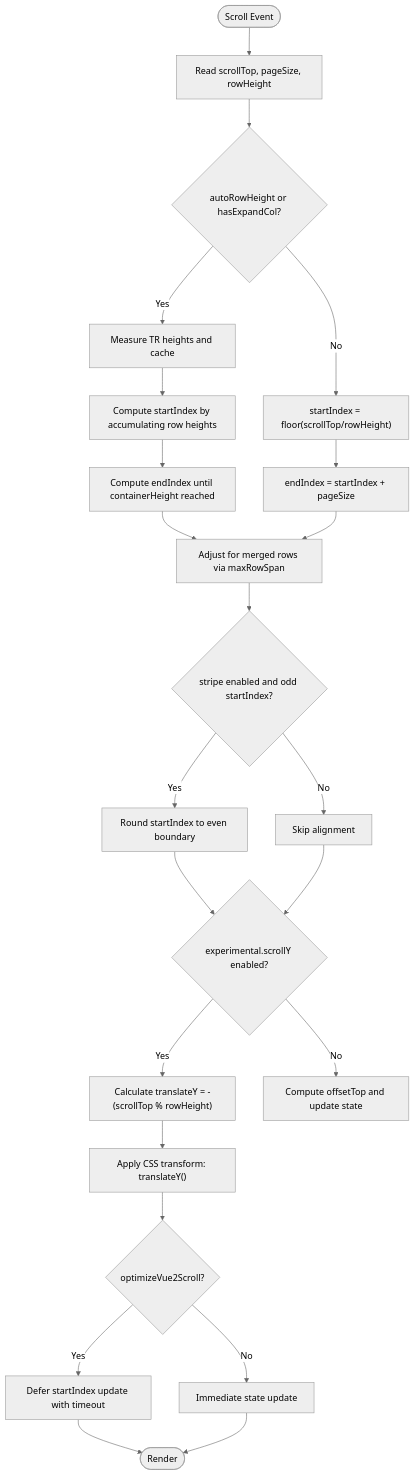
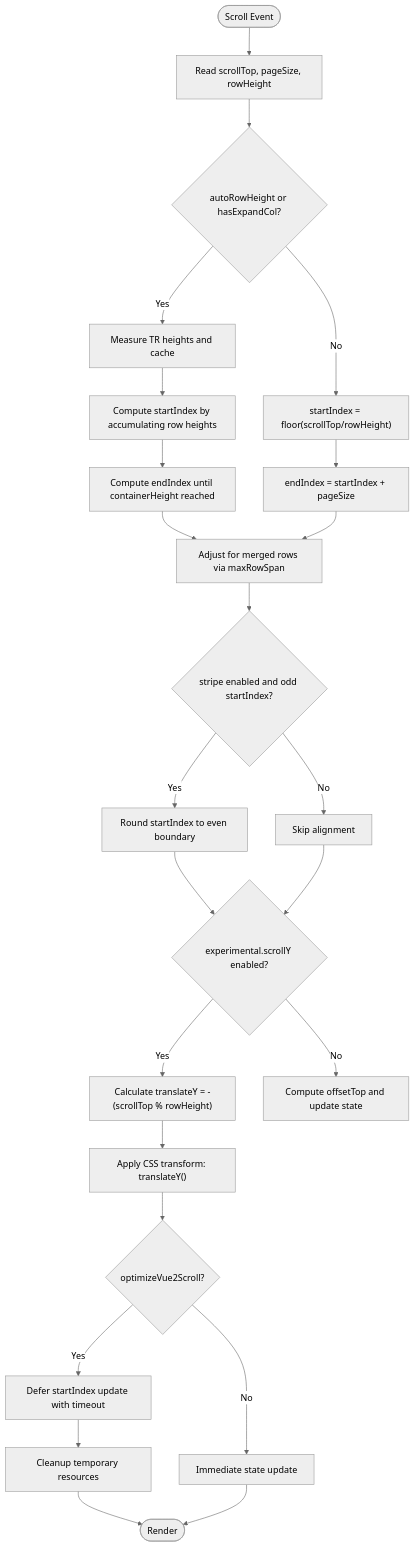
The third of 6 diagrams in .qoder/repowiki/en/content/Core Concepts/Virtual Scrolling/Virtual Scroll Configuration.md (ja-plus/stk-table-vue), drawn with Mermaid (neutral theme) before and after one commit. The commit also changed other lines of this file and 3 other files, not shown here.

````diff
--- a/.qoder/repowiki/en/content/Core Concepts/Virtual Scrolling/Virtual Scroll Configuration.md
+++ b/.qoder/repowiki/en/content/Core Concepts/Virtual Scrolling/Virtual Scroll Configuration.md
@@ -173,25 +201,26 @@
 ```mermaid
 flowchart TD
 Start(["Scroll Event"]) --> GetState["Read scrollTop, pageSize, rowHeight"]
 GetState --> CheckAuto{"autoRowHeight or hasExpandCol?"}
 CheckAuto --> |Yes| Measure["Measure TR heights and cache"]
 Measure --> CalcStart["Compute startIndex by accumulating row heights"]
 CalcStart --> CalcEnd["Compute endIndex until containerHeight reached"]
 CheckAuto --> |No| FloorCalc["startIndex = floor(scrollTop/rowHeight)"]
 FloorCalc --> EndCalc["endIndex = startIndex + pageSize"]
 CalcEnd --> MergeFix["Adjust for merged rows via maxRowSpan"]
 EndCalc --> MergeFix
 MergeFix --> StripeFix{"stripe enabled and odd startIndex?"}
 StripeFix --> |Yes| AlignStripe["Round startIndex to even boundary"]
 StripeFix --> |No| SkipStripe["Skip alignment"]
 AlignStripe --> CheckExperimental{"experimental.scrollY enabled?"}
 SkipStripe --> CheckExperimental
 CheckExperimental --> |Yes| CalcTranslate["Calculate translateY = -(scrollTop % rowHeight)"]
 CheckExperimental --> |No| Apply["Compute offsetTop and update state"]
 CalcTranslate --> ApplyTransform["Apply CSS transform: translateY()"]
 ApplyTransform --> Optimize{"optimizeVue2Scroll?"}
 Optimize --> |Yes| Defer["Defer startIndex update with timeout"]
 Optimize --> |No| Immediate["Immediate state update"]
-Defer --> End(["Render"])
+Defer --> Cleanup["Cleanup temporary resources"]
+Cleanup --> End(["Render"])
 Immediate --> End
 ```
````
